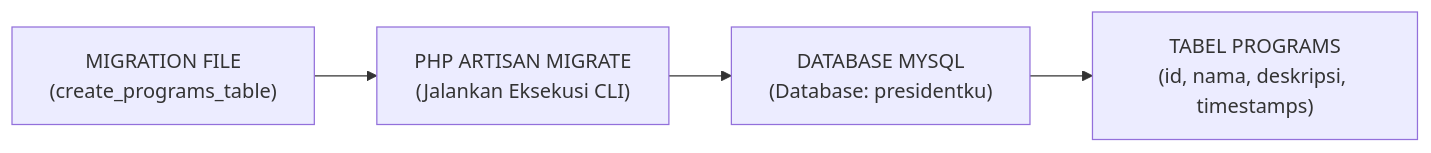
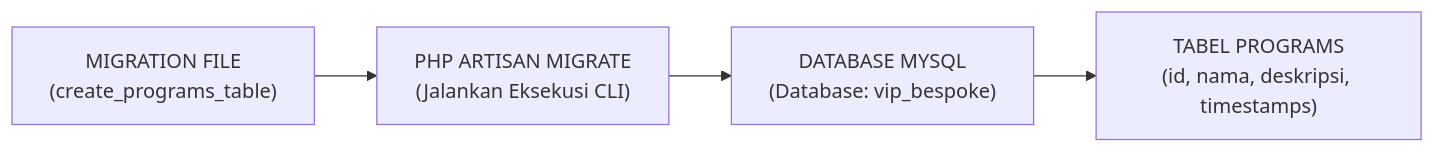
One commit to BagasD-Tara/VIP-Bespoke-Travel changed the sixth of 8 diagrams in README.md. Above: the diagram before and after it, drawn with Mermaid. The commit also changed other lines of this file and 11 other files, not shown here.

Commit message:
refactor(week-9): adapt CRUD programs to VIP Bespoke Travel luxury theme & remove presidentku

````diff
--- a/README.md
+++ b/README.md
@@ -324,6 +324,6 @@
 ```mermaid
 flowchart LR
     M["MIGRATION FILE<br/>(create_programs_table)"] --> A["PHP ARTISAN MIGRATE<br/>(Jalankan Eksekusi CLI)"]
-    A --> DB["DATABASE MYSQL<br/>(Database: presidentku)"]
+    A --> DB["DATABASE MYSQL<br/>(Database: vip_bespoke)"]
     DB --> T["TABEL PROGRAMS<br/>(id, nama, deskripsi, timestamps)"]
 ```
````
